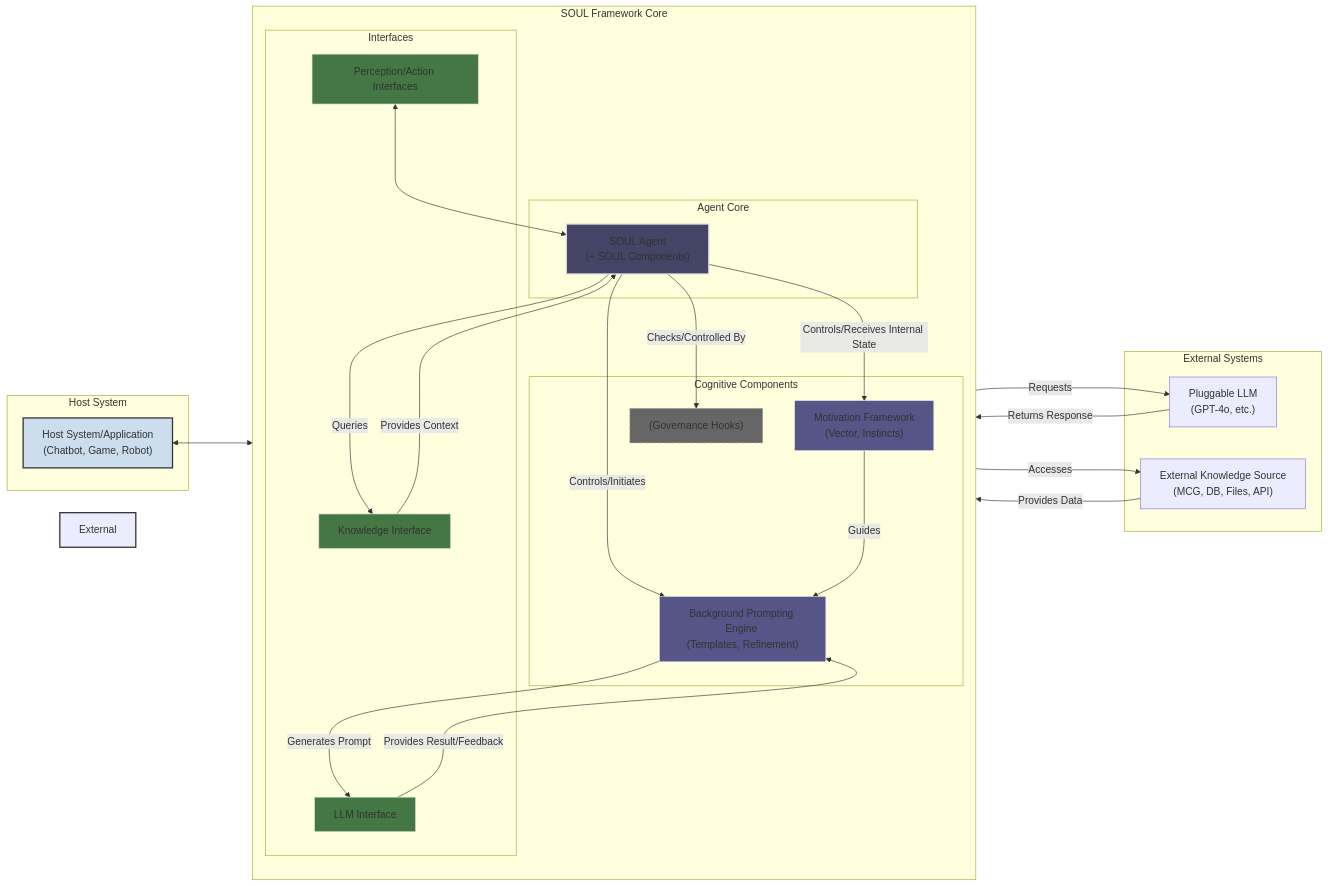
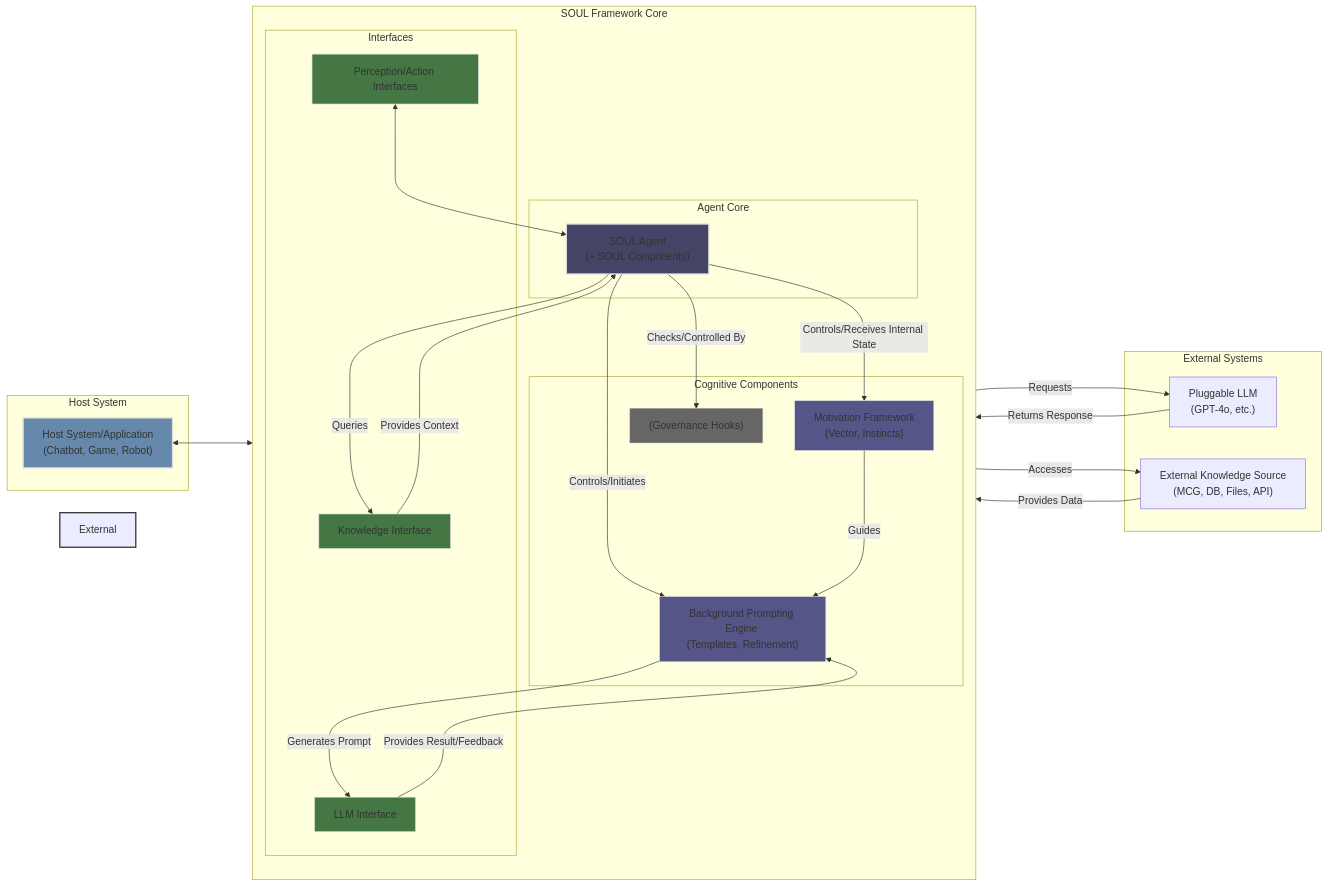
Before and after one commit to VhybZApp/SOUL: the diagram in README.md, drawn with Mermaid.

Commit message:
Update color

````diff
--- a/README.md
+++ b/README.md
@@ -37,58 +37,58 @@
 ```mermaid
 graph LR
     subgraph Host System
         Host["Host System/Application <br/>(Chatbot, Game, Robot)"]
     end
 
     subgraph External Systems
         LLM["Pluggable LLM <br/>(GPT-4o, etc.)"]
         KS["External Knowledge Source <br/>(MCG, DB, Files, API)"]
     end
 
     subgraph SOUL Framework Core
         direction TB
 
         subgraph Agent Core
             SOUL["SOUL Agent <br/>(+ SOUL Components)"]
         end
 
         subgraph Cognitive Components
             MF["Motivation Framework <br/>(Vector, Instincts)"]
             BPE["Background Prompting Engine <br/>(Templates, Refinement)"]
             Gov["(Governance Hooks)"]
         end
 
         subgraph Interfaces
             PAI["Perception/Action Interfaces"]
             KI["Knowledge Interface"]
             LLMI["LLM Interface"]
         end
 
         SOUL -->|Controls/Receives Internal State| MF
         SOUL -->|Controls/Initiates| BPE
         SOUL -->|Queries| KI
         SOUL -->|Checks/Controlled By| Gov
 
         MF --->|Guides| BPE
         BPE --->|Generates Prompt| LLMI
         KI --->|Accesses| KS
         LLMI --->|Requests| LLM
         LLM --->|Returns Response| LLMI
         LLMI --->|Provides Result/Feedback| BPE
         KS --->|Provides Data| KI
         KI --->|Provides Context| SOUL
     end
 
     Host <---> PAI
     PAI <---> SOUL
 
-    style Host fill:#cde,stroke:#333,stroke-width:2px,color:#FFF %% White text on light blue %%
+    style Host fill:#68a,stroke:#DDD,stroke-width:2px,color:#FFF %% White text on darker blue %%
     style External Systems fill:#eec,stroke:#333,stroke-width:2px,color:#000 %% Black text on light yellow %%
     style SOUL fill:#446,stroke:#DDD,stroke-width:2px,color:#FFF %% White text on dark blue/purple %%
     style MF fill:#558,stroke:#DDD,stroke-width:1px,color:#FFF %% White text on darker blue/purple %%
     style BPE fill:#558,stroke:#DDD,stroke-width:1px,color:#FFF %% White text on darker blue/purple %%
     style Gov fill:#666,stroke:#AAA,stroke-width:1px,stroke-dasharray: 5 5,color:#FFF %% White text on gray %%
     style PAI fill:#474,stroke:#DDD,stroke-width:1px,color:#FFF %% White text on green %%
     style KI fill:#474,stroke:#DDD,stroke-width:1px,color:#FFF %% White text on green %%
     style LLMI fill:#474,stroke:#DDD,stroke-width:1px,color:#FFF %% White text on green %%
 ```
````
